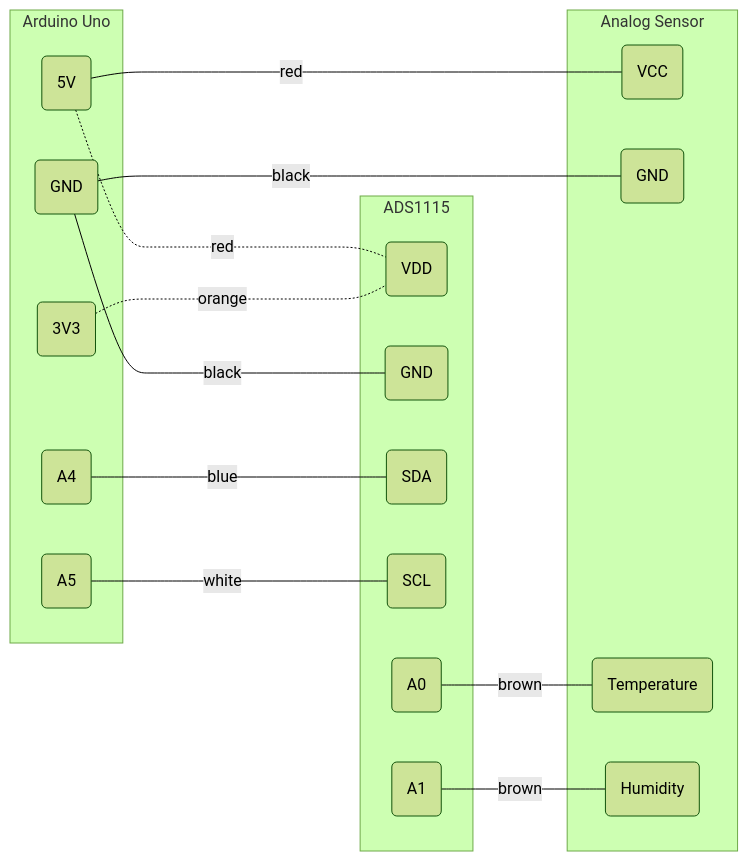
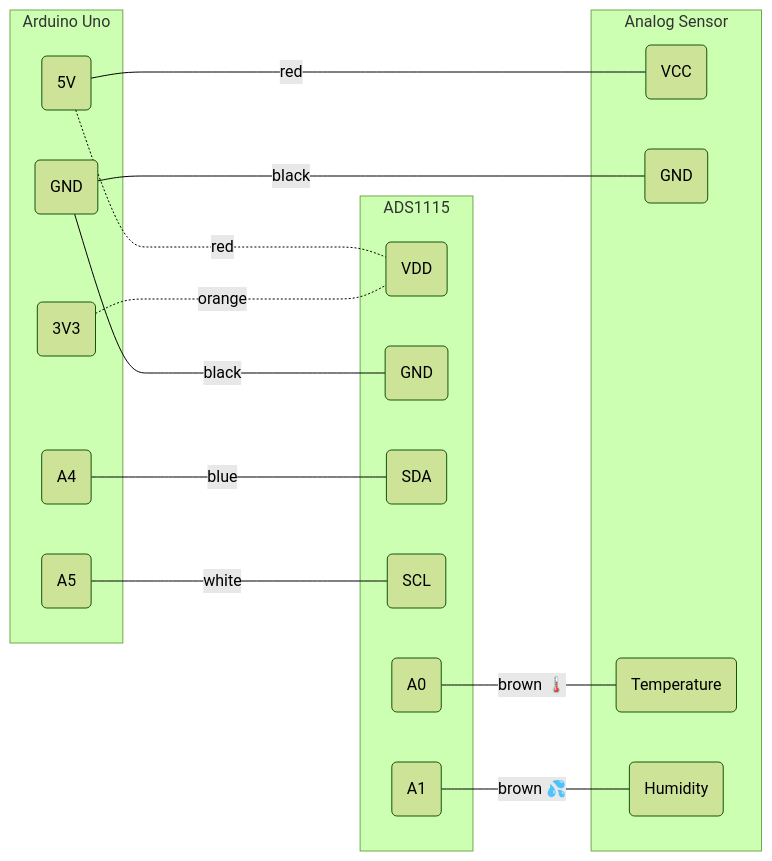
The second of 2 diagrams in wires.md (jochen4errors/colorcodes), drawn with Mermaid (forest theme) before and after one commit.

````diff
--- a/wires.md
+++ b/wires.md
@@ -54,37 +54,37 @@
 ```mermaid
   flowchart LR
     Uno_3V3(3V3)-.-|orange|ADS1115_VDD(VDD) 
     Uno_5V(5V)-.-|red|ADS1115_VDD(VDD)
     Uno_5V(5V)---|red|SensorVCC(VCC)
     Uno_GND(GND)-----|black|ADS1115_GND(GND)
     Uno_GND(GND)-----|black|SensorGND(GND)
     Uno_A4(A4)---|blue|ADS1115_SDA(SDA)
     Uno_A5(A5)---|white|ADS1115_SCL(SCL)
-    ADS1115_A0(A0)---|brown|Sensor1(Temperature)
-    ADS1115_A1(A1)---|brown|Sensor2(Humidity)
+    ADS1115_A0(A0)---|"brown 🌡️"|Sensor1(Temperature)
+    ADS1115_A1(A1)---|"brown 💦"|Sensor2(Humidity)
 
     subgraph Analog Sensor
       SensorVCC(VCC)
       SensorGND(GND)
       Sensor1(Temperature)
       Sensor2(Humidity)
     end
 
     subgraph ADS1115
       ADS1115_VDD(VDD)
       ADS1115_VDD(VDD)
       ADS1115_GND(GND)
       ADS1115_SDA(SDA)
       ADS1115_SCL(SCL)
       ADS1115_A0(A0)
       ADS1115_A1(A1)
     end
 
     subgraph Arduino Uno
       Uno_3V3(3V3)
       Uno_5V(5V)
       Uno_GND(GND)
       Uno_A4(A4)
       Uno_A5(A5)
     end
 ```
````
